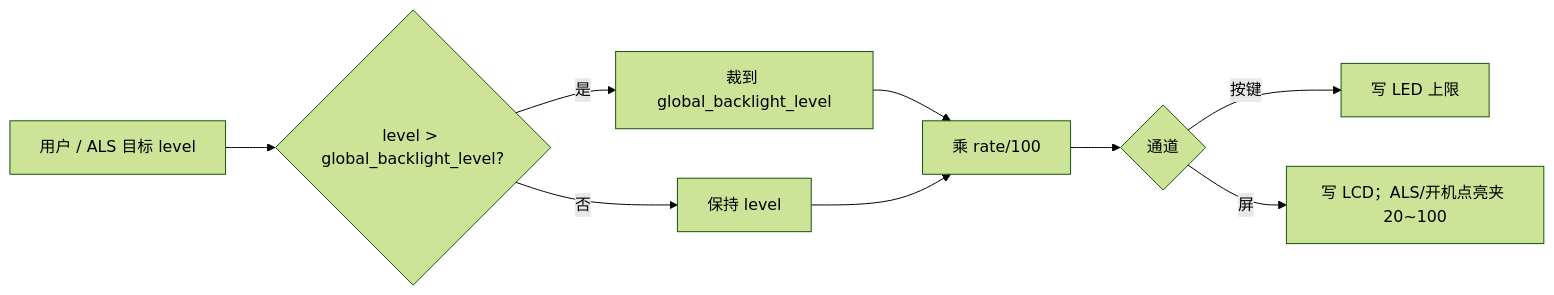
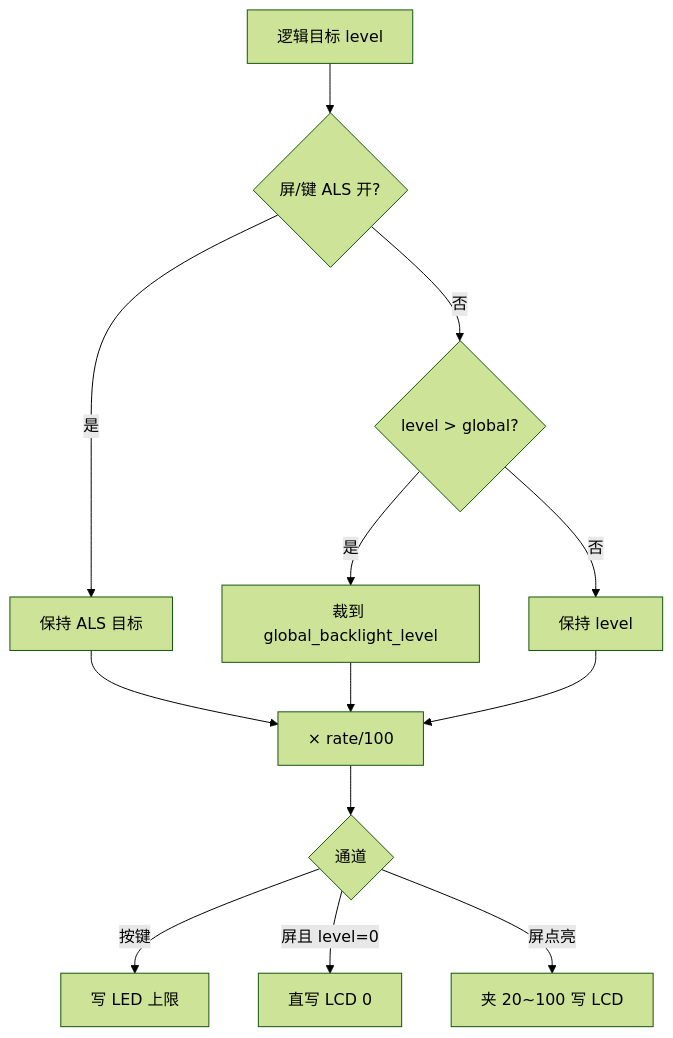
The second of 20 diagrams in overlay/framework_hooks/led/灯光策略.md (yuhuang163/pump_v3), drawn with Mermaid (forest theme) before and after one commit. The commit also changed other lines of this file and 5 other files, not shown here.

````diff
--- a/overlay/framework_hooks/led/灯光策略.md
+++ b/overlay/framework_hooks/led/灯光策略.md
@@ -127,11 +132,15 @@
 ```mermaid
-flowchart LR
-    A[用户 / ALS 目标 level] --> B{level > global_backlight_level?}
+flowchart TD
+    A[逻辑目标 level] --> S{屏/键 ALS 开?}
+    S -->|是| L[保持 ALS 目标]
+    S -->|否| B{level > global?}
     B -->|是| C[裁到 global_backlight_level]
     B -->|否| D[保持 level]
-    C --> E[乘 rate/100]
-    D --> E
-    E --> F{通道}
+    L --> R[× rate/100]
+    C --> R
+    D --> R
+    R --> F{通道}
     F -->|按键| G[写 LED 上限]
-    F -->|屏| H[写 LCD；ALS/开机点亮夹 20~100]
+    F -->|屏且 level=0| Z[直写 LCD 0]
+    F -->|屏点亮| H[夹 20~100 写 LCD]
 ```
````
